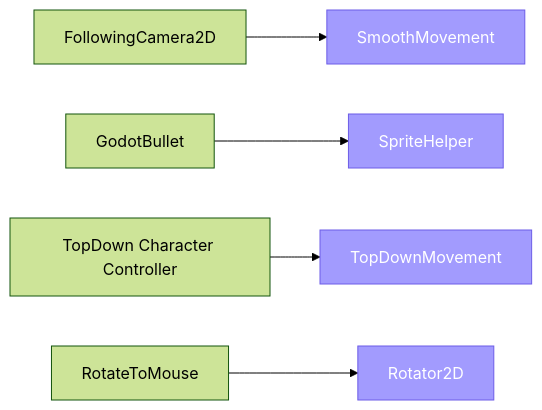
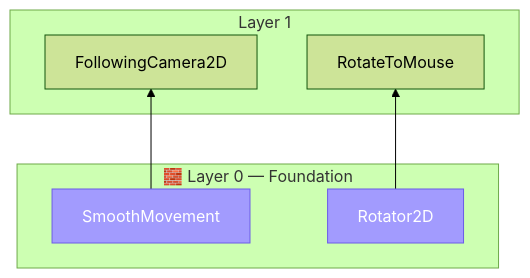
Before and after one commit to ChillCube/.github: the diagram in ADDONS.md, drawn with Mermaid (forest theme). The commit also changed other lines of this file, not shown here.

Commit message:
registry: update dependency tree

````diff
--- a/ADDONS.md
+++ b/ADDONS.md
@@ -179,33 +177,27 @@
 ```mermaid
-flowchart LR
-    classDef core  fill:#4a9eff,stroke:#2471d4,color:#fff,font-weight:bold
+%%{init: {"flowchart": {"curve": "linear"}}}%%
+flowchart BT
+    classDef core  fill:#4a9eff,stroke:#2471d4,color:#fff
     classDef shared fill:#a29bfe,stroke:#6c5ce7,color:#fff
+    classDef external fill:#fd9644,stroke:#e67e22,color:#fff
 
-    FollowingCamera2D["FollowingCamera2D"]
-    GodotBullet["GodotBullet"]
-    Godot_SmoothMovement["SmoothMovement"]
-    Godot_TopDown_Character_Controller["TopDown Character Controller"]
-    RotateToMouse["RotateToMouse"]
-    Rotator2D["Rotator2D"]
-    SpriteHelper["SpriteHelper"]
-    TopDownMovement["TopDownMovement"]
+    subgraph Layer_0["🧱 Layer 0 — Foundation"]
+        godot_smoothmovement["SmoothMovement"]
+        rotator2d["Rotator2D"]
+    end
+    subgraph Layer_1["Layer 1"]
+        followingcamera2d["FollowingCamera2D"]
+        rotatetomouse["RotateToMouse"]
+    end
 
-    FollowingCamera2D --> Godot_SmoothMovement
-    GodotBullet --> SpriteHelper
-    Godot_TopDown_Character_Controller --> TopDownMovement
-    RotateToMouse --> Rotator2D
+    godot_smoothmovement --> followingcamera2d
+    rotator2d --> rotatetomouse
 
-    class Godot_SmoothMovement shared
-    class Rotator2D shared
-    class SpriteHelper shared
-    class TopDownMovement shared
+    class godot_smoothmovement shared
+    class rotator2d shared
 
-    click FollowingCamera2D href "https://github.com/ChillCube/FollowingCamera2D" _blank
-    click GodotBullet href "https://github.com/ChillCube/GodotBullet" _blank
-    click Godot_SmoothMovement href "https://github.com/ChillCube/Godot_SmoothMovement" _blank
-    click Godot_TopDown_Character_Controller href "https://github.com/ChillCube/Godot_TopDown_Character_Controller" _blank
-    click RotateToMouse href "https://github.com/ChillCube/RotateToMouse" _blank
-    click Rotator2D href "https://github.com/ChillCube/Rotator2D" _blank
-    click SpriteHelper href "https://github.com/ChillCube/SpriteHelper" _blank
-    click TopDownMovement href "https://github.com/ChillCube/TopDownMovement" _blank
+    click followingcamera2d href "https://github.com/ChillCube/FollowingCamera2D" _blank
+    click godot_smoothmovement href "https://github.com/ChillCube/Godot_SmoothMovement" _blank
+    click rotatetomouse href "https://github.com/ChillCube/RotateToMouse" _blank
+    click rotator2d href "https://github.com/ChillCube/Rotator2D" _blank
 ```
````
